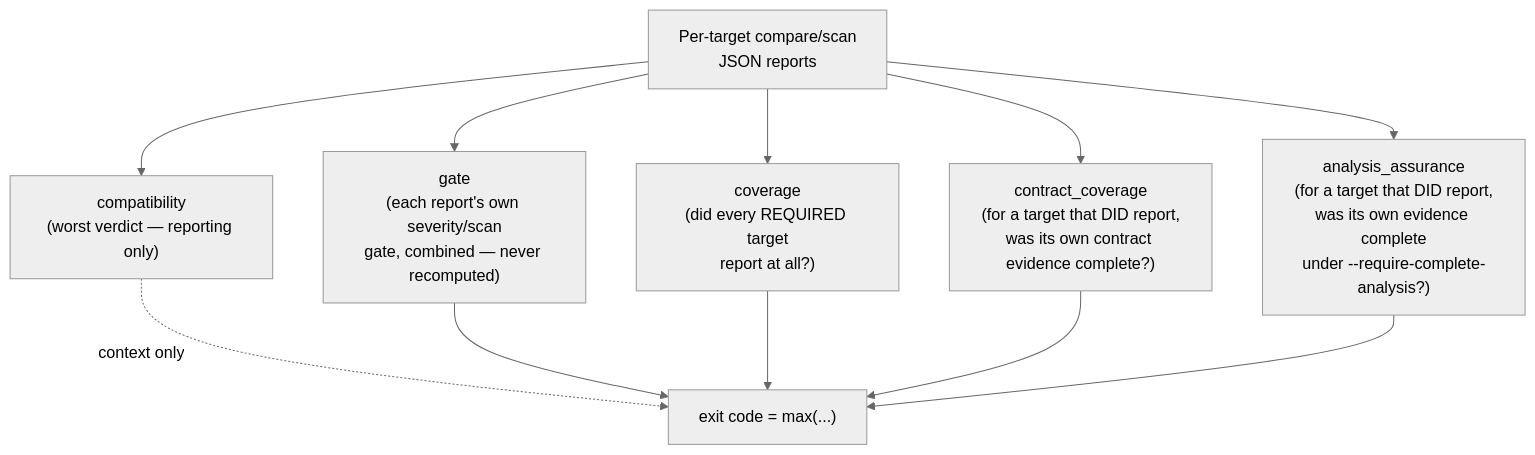
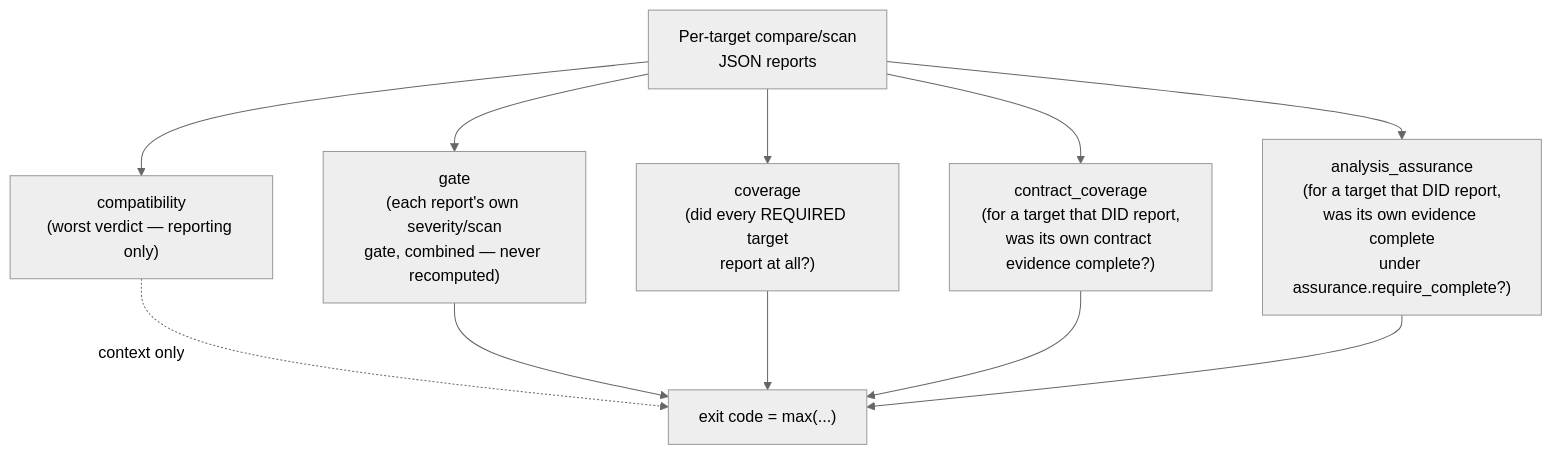
Before and after one commit to abicheck/abicheck: the diagram in docs/use/aggregate-reports.md, drawn with Mermaid (neutral theme). The commit also changed other lines of this file and 41 other files, not shown here.

First line of the commit message:
feat: demote compare --require-complete-analysis to assurance.require_complete config

````diff
--- a/docs/use/aggregate-reports.md
+++ b/docs/use/aggregate-reports.md
@@ -60,13 +60,13 @@
 ```mermaid
 flowchart TD
     R["Per-target compare/scan<br/>JSON reports"] --> A["compatibility<br/>(worst verdict — reporting only)"]
     R --> B["gate<br/>(each report's own severity/scan<br/>gate, combined — never recomputed)"]
     R --> C["coverage<br/>(did every REQUIRED target<br/>report at all?)"]
     R --> D["contract_coverage<br/>(for a target that DID report,<br/>was its own contract evidence complete?)"]
-    R --> F["analysis_assurance<br/>(for a target that DID report,<br/>was its own evidence complete<br/>under --require-complete-analysis?)"]
+    R --> F["analysis_assurance<br/>(for a target that DID report,<br/>was its own evidence complete<br/>under assurance.require_complete?)"]
     A -.->|context only| E["exit code = max(...)"]
     B --> E
     C --> E
     D --> E
     F --> E
 ```
````
